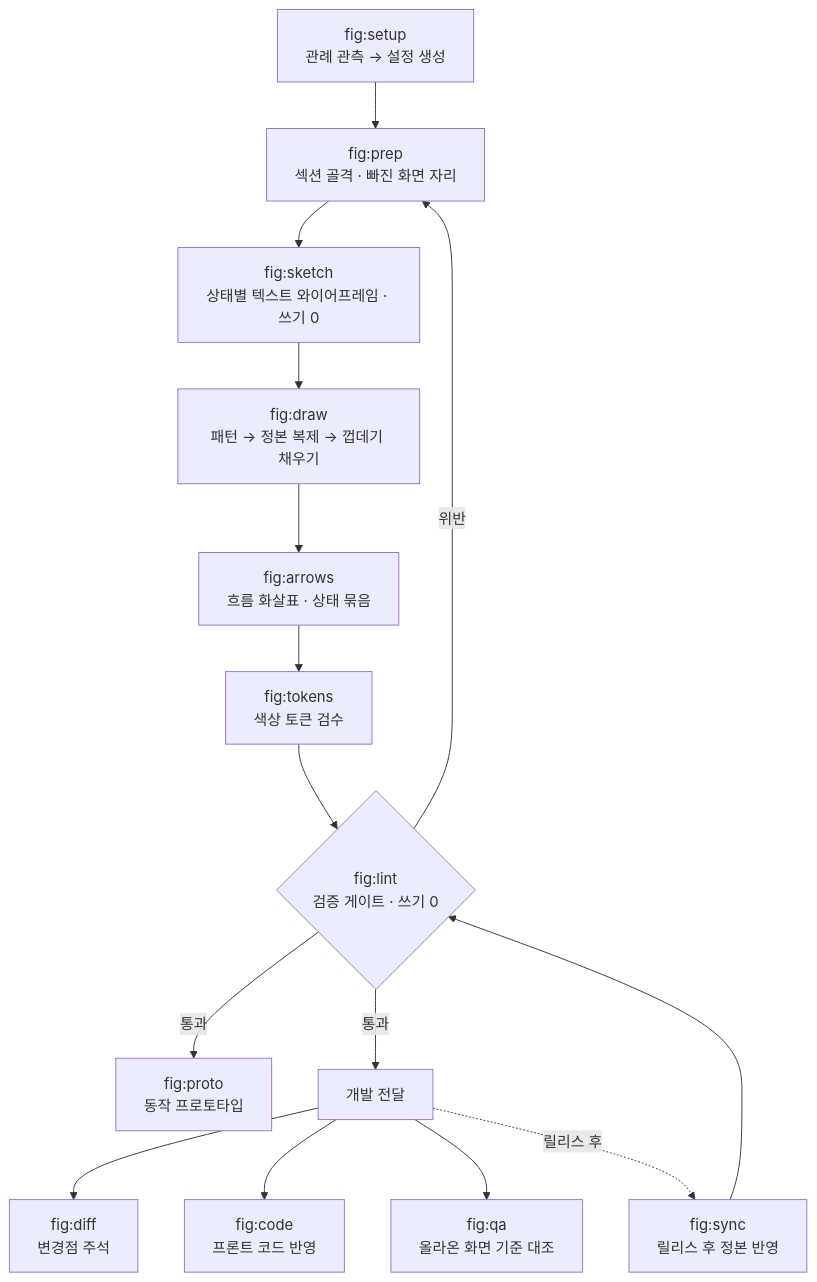
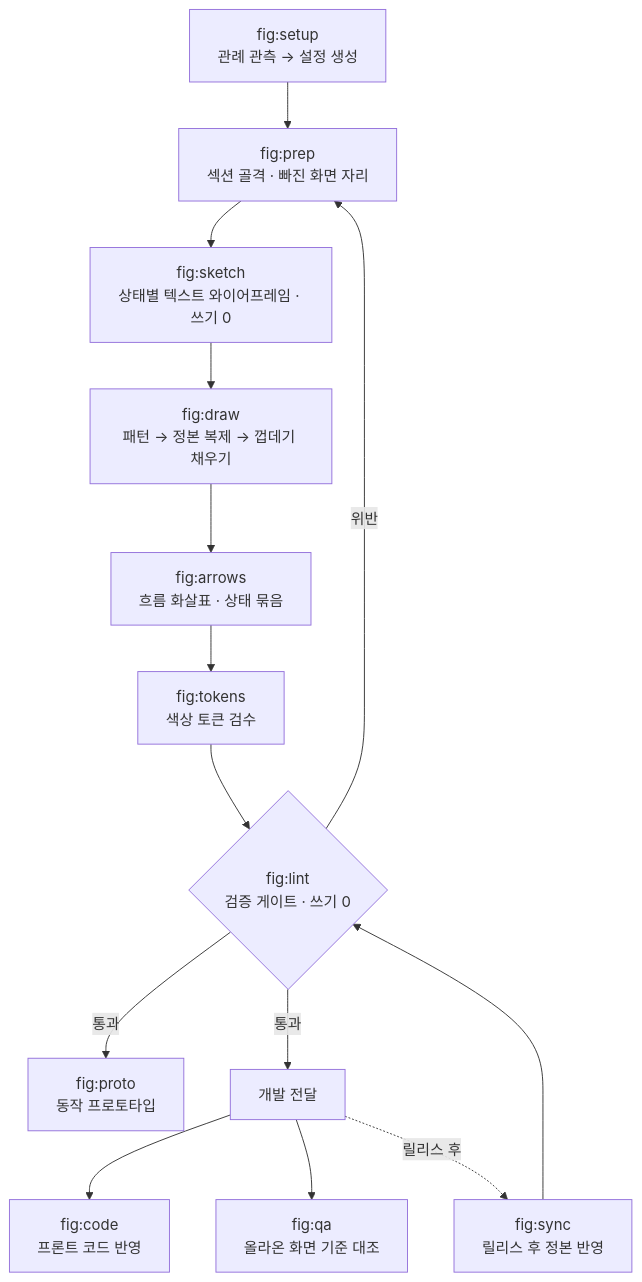
The diagram in README.ko.md (byjunyoung/claude-product-skills), drawn with Mermaid before and after one commit. The commit also changed other lines of this file and 15 other files, not shown here.

First line of the commit message:
refactor(fig): /fig:diff를 없애고 핸드오프가 노션·깃허브 쓰기를 직접 맡는다

````diff
--- a/README.ko.md
+++ b/README.ko.md
@@ -332,26 +331,24 @@
 ```mermaid
 flowchart TD
     setup["fig:setup<br/>관례 관측 → 설정 생성"]
     prep["fig:prep<br/>섹션 골격 · 빠진 화면 자리"]
     sketch["fig:sketch<br/>상태별 텍스트 와이어프레임 · 쓰기 0"]
     draw["fig:draw<br/>패턴 → 정본 복제 → 껍데기 채우기"]
     arrows["fig:arrows<br/>흐름 화살표 · 상태 묶음"]
     tokens["fig:tokens<br/>색상 토큰 검수"]
     lint{"fig:lint<br/>검증 게이트 · 쓰기 0"}
     proto["fig:proto<br/>동작 프로토타입"]
     handoff["개발 전달"]
-    diff["fig:diff<br/>변경점 주석"]
     code["fig:code<br/>프론트 코드 반영"]
     sync["fig:sync<br/>릴리스 후 정본 반영"]
     qa["fig:qa<br/>올라온 화면 기준 대조"]
 
     setup --> prep --> sketch --> draw --> arrows --> tokens --> lint
     lint -- 위반 --> prep
     lint -- 통과 --> proto
     lint -- 통과 --> handoff
-    handoff --> diff
     handoff --> code
     handoff --> qa
     handoff -. 릴리스 후 .-> sync
     sync --> lint
 ```
````
